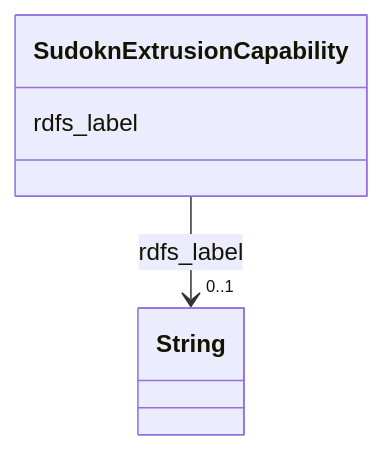
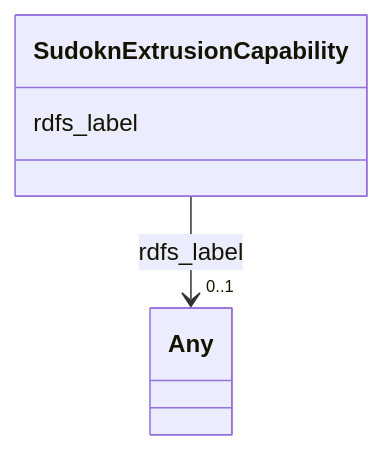
Before and after one commit to frink-okn/graph-descriptions: the diagram in sudokn-kg/classes/SudoknExtrusionCapability.md, drawn with Mermaid. The commit also changed other lines of this file and 903 other files, not shown here.

````diff
--- a/sudokn-kg/classes/SudoknExtrusionCapability.md
+++ b/sudokn-kg/classes/SudoknExtrusionCapability.md
@@ -23,15 +18,15 @@
 ```mermaid
  classDiagram
     class SudoknExtrusionCapability
     click SudoknExtrusionCapability href "../SudoknExtrusionCapability"
       SudoknExtrusionCapability : rdfs_label
         
           
     
     
-    SudoknExtrusionCapability --> "0..1" String : rdfs_label
-    click String href "../String"
+    SudoknExtrusionCapability --> "0..1" Any : rdfs_label
+    click Any href "../Any"
 
         
       
 ```
````
